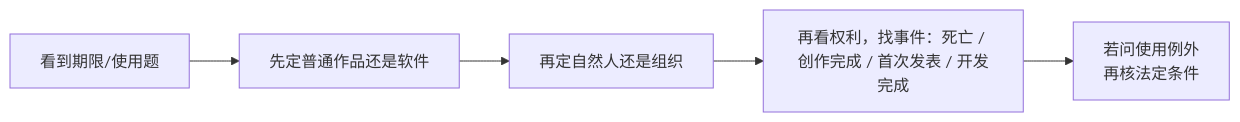
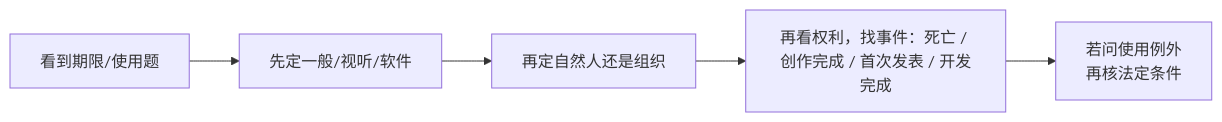
The diagram in 01_综合知识/11_标准化与知识产权/10_著作权期限与使用限制：50年到底从哪里算.md (74262195/system-architect-notes), drawn with Mermaid before and after one commit. The commit also changed other lines of this file and 2 other files, not shown here.

````diff
--- a/01_综合知识/11_标准化与知识产权/10_著作权期限与使用限制：50年到底从哪里算.md
+++ b/01_综合知识/11_标准化与知识产权/10_著作权期限与使用限制：50年到底从哪里算.md
@@ -89,7 +97,7 @@
 ```mermaid
 flowchart LR
-    A["看到期限/使用题"] --> B["先定普通作品还是软件"]
+    A["看到期限/使用题"] --> B["先定一般/视听/软件"]
     B --> C["再定自然人还是组织"]
     C --> D["再看权利，找事件：死亡 / 创作完成 / 首次发表 / 开发完成"]
     D --> E["若问使用例外<br/>再核法定条件"]
 ```
````
